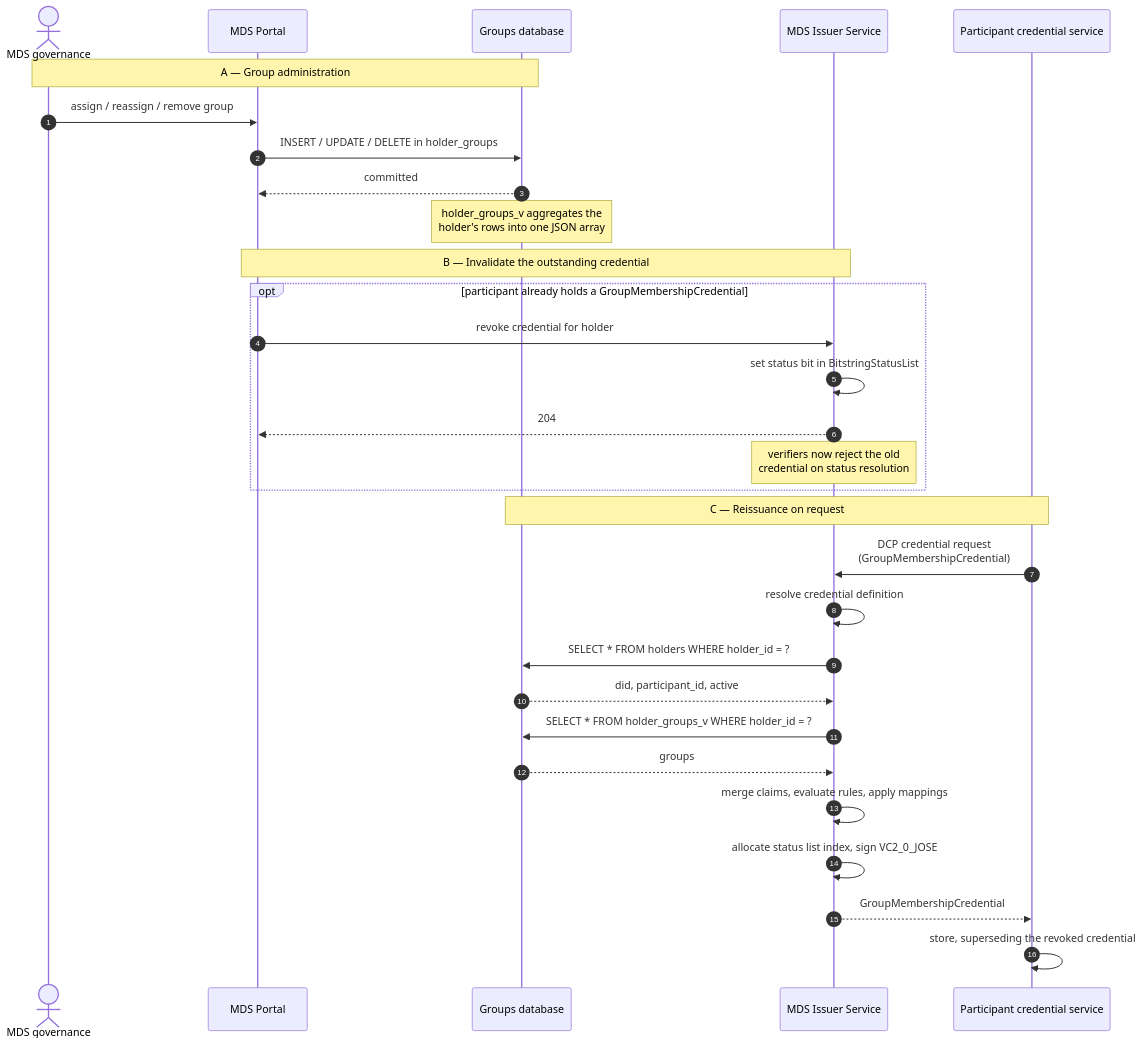
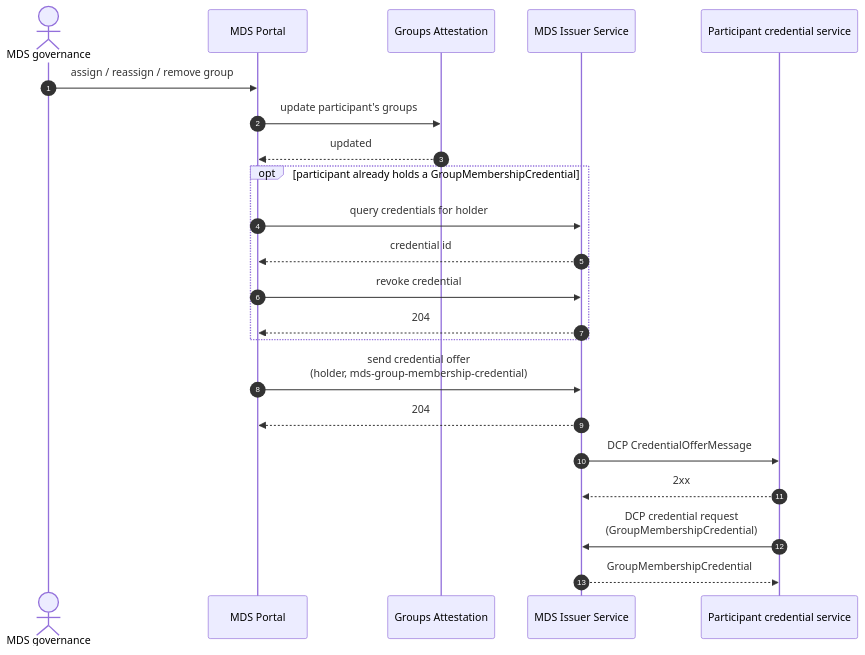
Before and after one commit to Mobility-Data-Space/mds-profile: the second of 2 diagrams in 2026/1/credentials/mds-credentials-2026-1.md, drawn with Mermaid. The commit also changed other lines of this file and 7 other files, not shown here.

Commit message:
fix: align credential definitions with VC 2.0 and offer-driven lifecycle (#6)

````diff
--- a/2026/1/credentials/mds-credentials-2026-1.md
+++ b/2026/1/credentials/mds-credentials-2026-1.md
@@ -90,38 +129,27 @@
 ```mermaid
 sequenceDiagram
     autonumber
     actor Admin as MDS governance
     participant Portal as MDS Portal
-    participant DB as Groups database
+    participant GAS as Groups Attestation
     participant Issuer as MDS Issuer Service
     participant Holder as Participant credential service
 
-    Note over Admin,DB: A — Group administration
-
     Admin->>Portal: assign / reassign / remove group
-    Portal->>DB: INSERT / UPDATE / DELETE in holder_groups
-    DB-->>Portal: committed
-    Note over DB: holder_groups_v aggregates the<br/>holder's rows into one JSON array
-
-    Note over Portal,Issuer: B — Invalidate the outstanding credential
+    Portal->>GAS: update participant's groups
+    GAS-->>Portal: updated
 
     opt participant already holds a GroupMembershipCredential
-        Portal->>Issuer: revoke credential for holder
-        Issuer->>Issuer: set status bit in BitstringStatusList
+        Portal->>Issuer: query credentials for holder
+        Issuer-->>Portal: credential id
+        Portal->>Issuer: revoke credential
         Issuer-->>Portal: 204
-        Note over Issuer: verifiers now reject the old<br/>credential on status resolution
     end
 
-    Note over Holder,DB: C — Reissuance on request
-
+    Portal->>Issuer: send credential offer<br/>(holder, mds-group-membership-credential)
+    Issuer-->>Portal: 204
+    Issuer->>Holder: DCP CredentialOfferMessage
+    Holder-->>Issuer: 2xx
     Holder->>Issuer: DCP credential request<br/>(GroupMembershipCredential)
-    Issuer->>Issuer: resolve credential definition
-    Issuer->>DB: SELECT * FROM holders WHERE holder_id = ?
-    DB-->>Issuer: did, participant_id, active
-    Issuer->>DB: SELECT * FROM holder_groups_v WHERE holder_id = ?
-    DB-->>Issuer: groups
-    Issuer->>Issuer: merge claims, evaluate rules, apply mappings
-    Issuer->>Issuer: allocate status list index, sign VC2_0_JOSE
     Issuer-->>Holder: GroupMembershipCredential
-    Holder->>Holder: store, superseding the revoked credential
 ```
````
